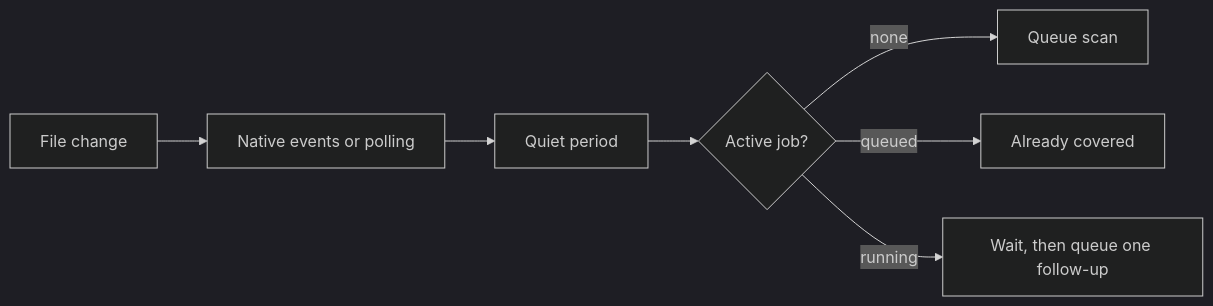
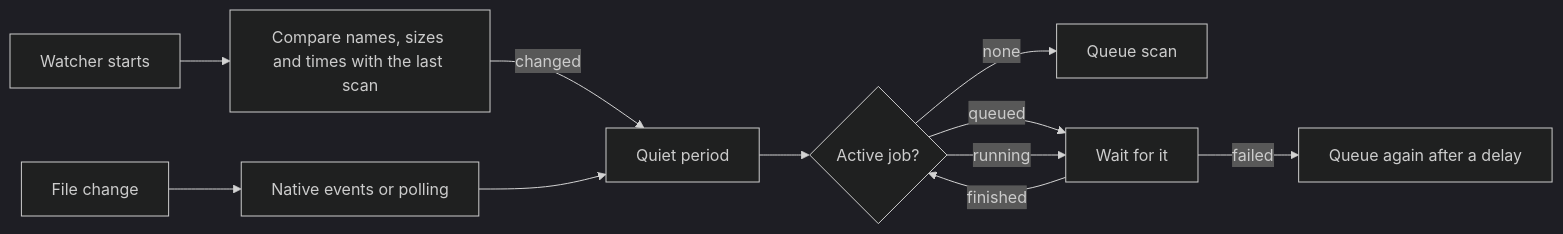
One commit to acidiney/hitoapp changed the second of 2 diagrams in docs/music-folders.md. Above: the diagram before and after it, drawn with Mermaid (dark theme). The commit also changed other lines of this file and 11 other files, not shown here.

Commit message:
Make folder watching skip non-audio events, never share the scan walk slot, back off requests, retry failed scans and catch up at start

````diff
--- a/docs/music-folders.md
+++ b/docs/music-folders.md
@@ -49,9 +49,13 @@
 ```mermaid
 flowchart LR
+  Start[Watcher starts] --> Compare[Compare names, sizes and times with the last scan]
+  Compare -- changed --> Quiet
   Change[File change] --> Signal[Native events or polling]
   Signal --> Quiet[Quiet period]
   Quiet --> Request{Active job?}
   Request -- none --> Queue[Queue scan]
-  Request -- queued --> Done[Already covered]
-  Request -- running --> Wait[Wait, then queue one follow-up]
+  Request -- queued --> Wait[Wait for it]
+  Request -- running --> Wait
+  Wait -- finished --> Request
+  Wait -- failed --> Retry[Queue again after a delay]
 ```
````
